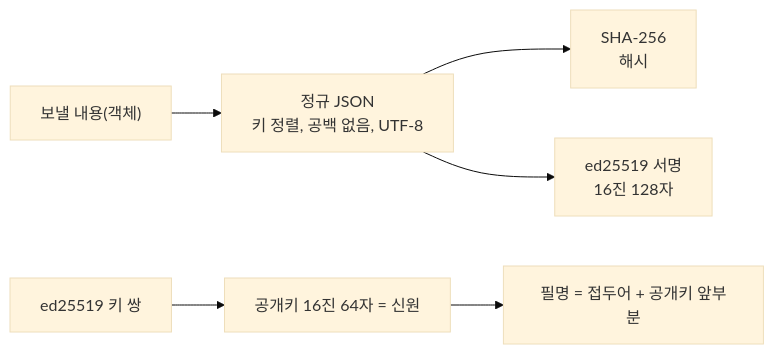
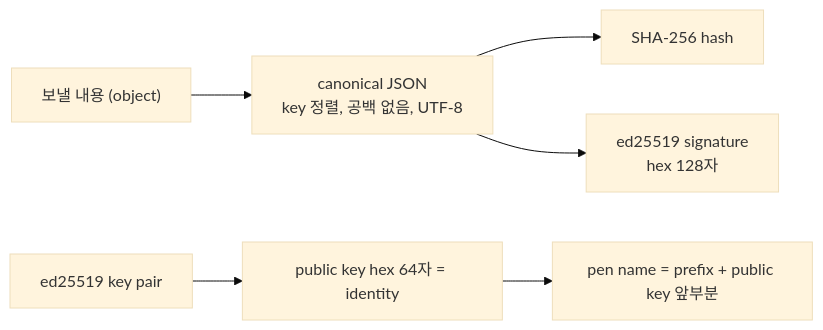
Before and after one commit to tanminkwan/share-ur-tokens: the fourth of 31 diagrams in docs/education.md, drawn with Mermaid (base theme). The commit also changed other lines of this file and 27 other files, not shown here.

````diff
--- a/docs/education.md
+++ b/docs/education.md
@@ -102,8 +102,8 @@
 ```mermaid
 flowchart LR
-    O["보낼 내용(객체)"] --> C["정규 JSON<br/>키 정렬, 공백 없음, UTF-8"]
-    C --> H["SHA-256<br/>해시"]
-    C --> S["ed25519 서명<br/>16진 128자"]
-    K["ed25519 키 쌍"] --> ID["공개키 16진 64자 = 신원"]
-    ID --> PN["필명 = 접두어 + 공개키 앞부분"]
+    O["보낼 내용 (object)"] --> C["canonical JSON<br/>key 정렬, 공백 없음, UTF-8"]
+    C --> H["SHA-256 hash"]
+    C --> S["ed25519 signature<br/>hex 128자"]
+    K["ed25519 key pair"] --> ID["public key hex 64자 = identity"]
+    ID --> PN["pen name = prefix + public key 앞부분"]
 ```
````
